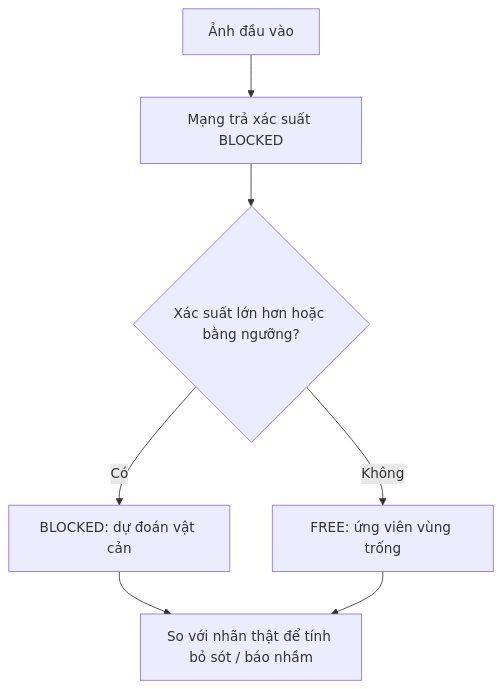
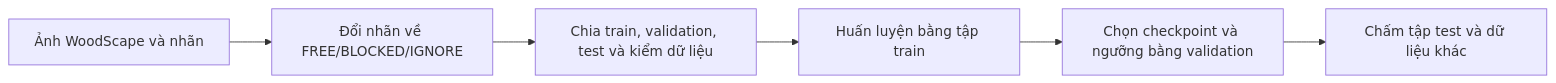
Before and after one commit to thbn12082/autopark: the diagram in HUAN_LUYEN.md, drawn with Mermaid. The commit also changed other lines of this file and 9 other files, not shown here.

````diff
--- a/HUAN_LUYEN.md
+++ b/HUAN_LUYEN.md
@@ -221,9 +51,8 @@
 ```mermaid
-flowchart TD
-    I["Ảnh đầu vào"] --> P["Mạng trả xác suất BLOCKED"]
-    P --> Q{"Xác suất lớn hơn hoặc bằng ngưỡng?"}
-    Q -->|Có| B["BLOCKED: dự đoán vật cản"]
-    Q -->|Không| F["FREE: ứng viên vùng trống"]
-    B --> E["So với nhãn thật để tính bỏ sót / báo nhầm"]
-    F --> E
+flowchart LR
+    A["Ảnh WoodScape và nhãn"] --> B["Đổi nhãn về FREE/BLOCKED/IGNORE"]
+    B --> C["Chia train, validation, test và kiểm dữ liệu"]
+    C --> D["Huấn luyện bằng tập train"]
+    D --> E["Chọn checkpoint và ngưỡng bằng validation"]
+    E --> F["Chấm tập test và dữ liệu khác"]
 ```
````
